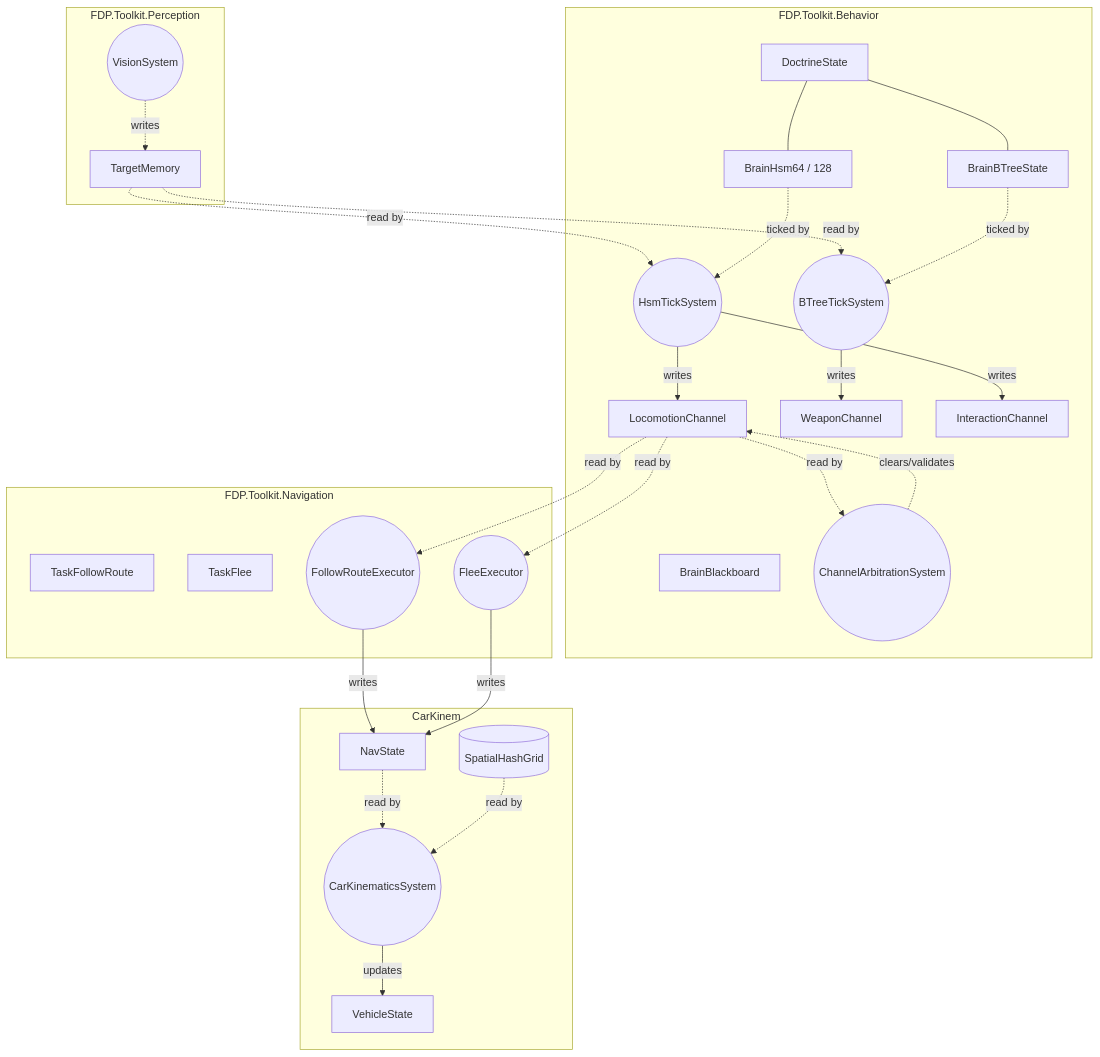
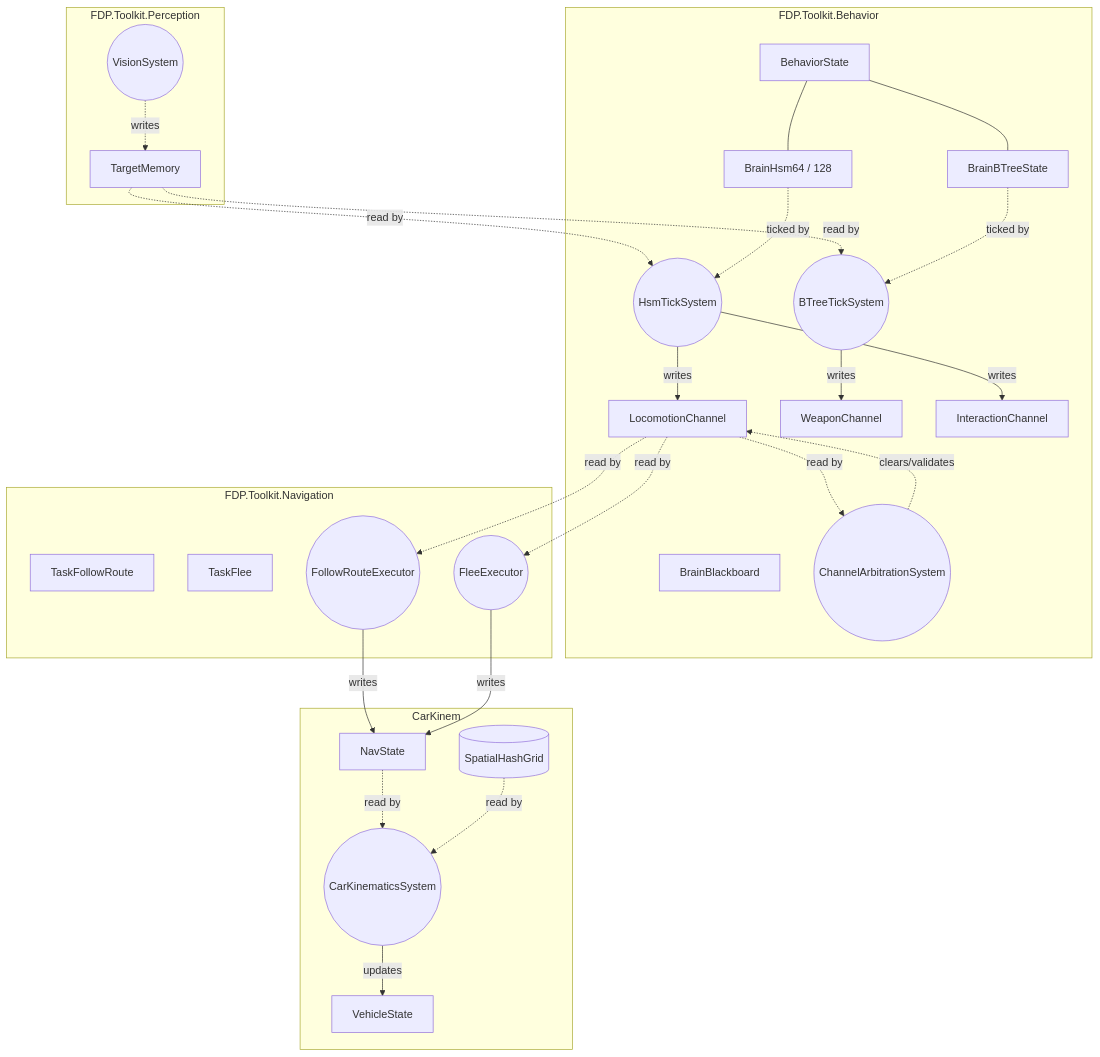
The first of 5 diagrams in Docs/projects/behavior-control/Behavior Control Subsystem Design.json.md (pjanec/HROT), drawn with Mermaid before and after one commit. The commit also changed other lines of this file and 106 other files, not shown here.

Commit message:
refac: renamed doctrine => behavior

````diff
--- a/Docs/projects/behavior-control/Behavior Control Subsystem Design.json.md
+++ b/Docs/projects/behavior-control/Behavior Control Subsystem Design.json.md
@@ -1070,65 +1070,65 @@
 ```mermaid
 graph TD
     subgraph FDP.Toolkit.Behavior
-        DS[DoctrineState]
+        DS[BehaviorState]
         BB[BrainBlackboard]
         H64[BrainHsm64 / 128]
         BT[BrainBTreeState]
         
         LC[LocomotionChannel]
         WC[WeaponChannel]
         IC[InteractionChannel]
         
         HTS((HsmTickSystem))
         BTS((BTreeTickSystem))
         CAS((ChannelArbitrationSystem))
     end
 
     subgraph FDP.Toolkit.Navigation
         FR[TaskFollowRoute]
         FL[TaskFlee]
         
         FRES((FollowRouteExecutor))
         FLES((FleeExecutor))
     end
 
     subgraph CarKinem
         NS[NavState]
         VS[VehicleState]
         SHG[(SpatialHashGrid)]
         
         CKS((CarKinematicsSystem))
     end
 
     subgraph FDP.Toolkit.Perception
         TM[TargetMemory]
         VSYS((VisionSystem))
     end
 
     %% Flow of data
     VSYS -. writes .-> TM
     TM -. read by .-> HTS
     TM -. read by .-> BTS
     
     DS --- H64
     DS --- BT
     H64 -. ticked by .-> HTS
     BT -. ticked by .-> BTS
     
     HTS -- writes --> LC
     BTS -- writes --> WC
     HTS -- writes --> IC
     
     LC -. read by .-> CAS
     CAS -. clears/validates .-> LC
     
     LC -. read by .-> FRES
     LC -. read by .-> FLES
     
     FRES -- writes --> NS
     FLES -- writes --> NS
     
     NS -. read by .-> CKS
     SHG -. read by .-> CKS
     CKS -- updates --> VS
 ```
````
